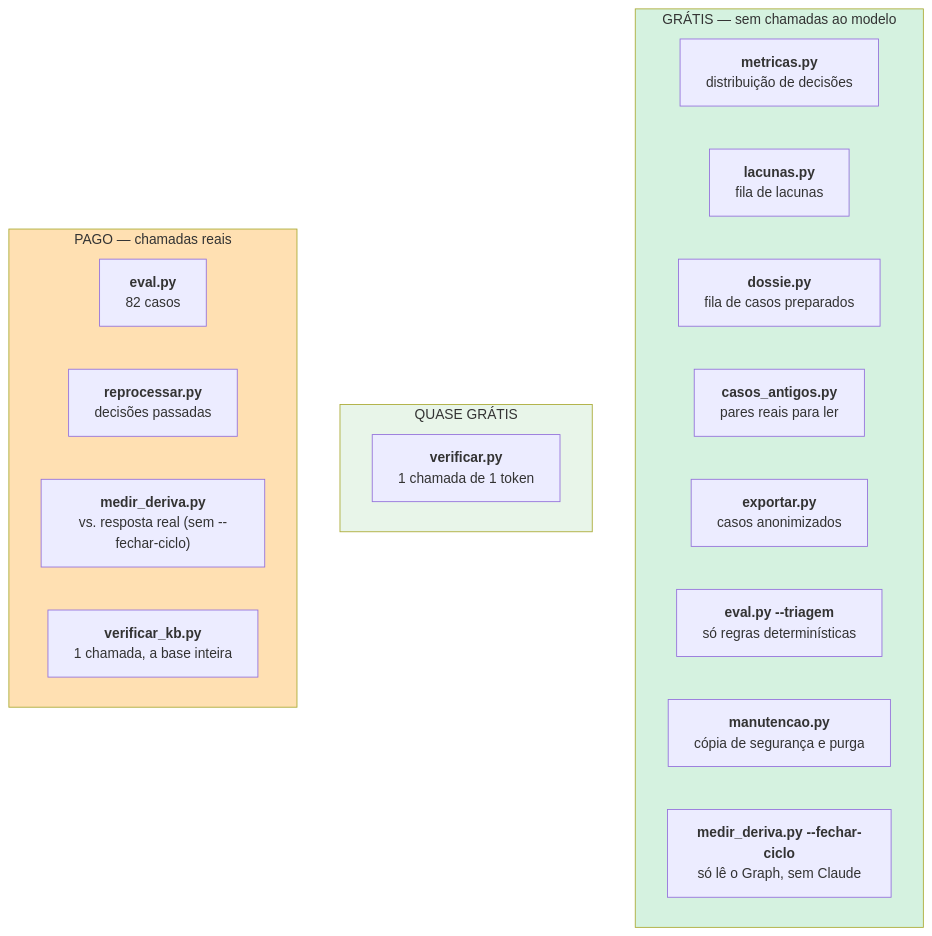
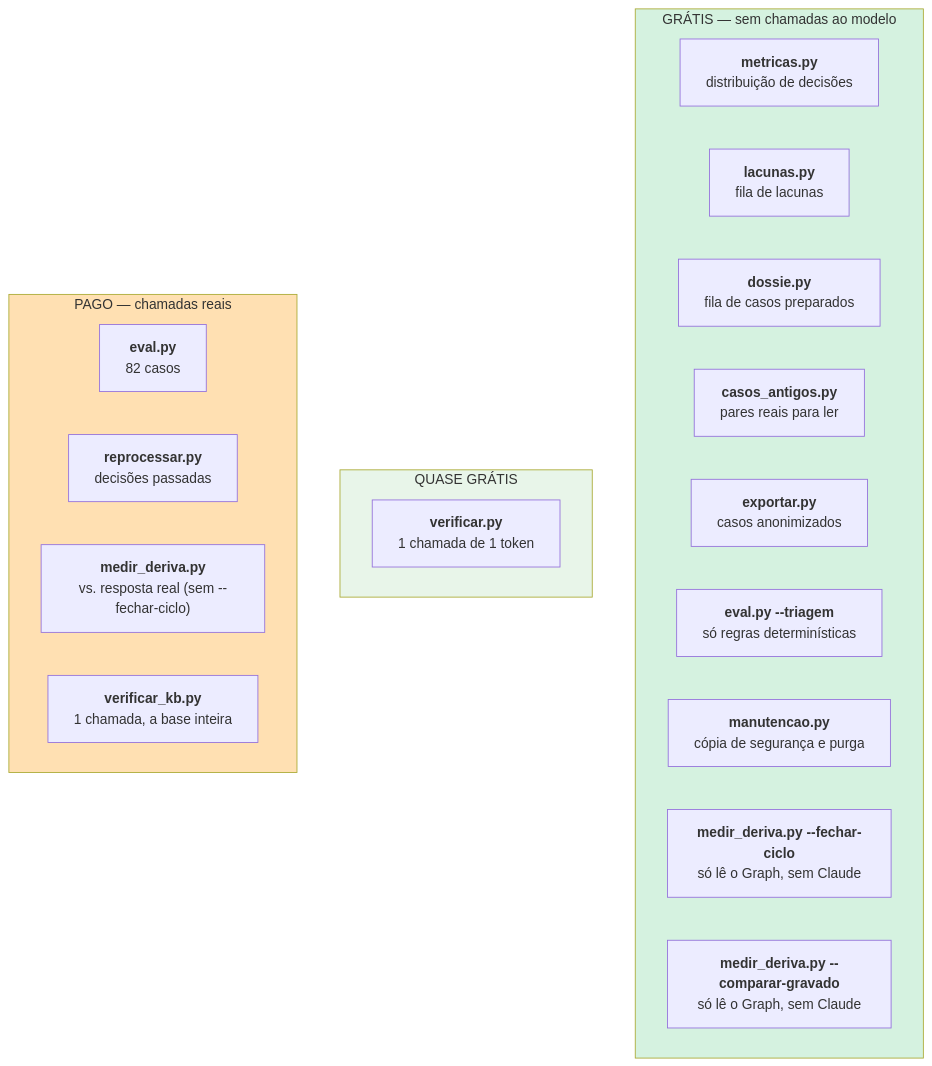
Before and after one commit to joaocarvalhini/Outlook-Reply-Assistant: the diagram in docs/06-engineering/operations.md, drawn with Mermaid. The commit also changed other lines of this file and 4 other files, not shown here.

First line of the commit message:
feat: novo modo --comparar-gravado para ver o que o lojista editou

````diff
--- a/docs/06-engineering/operations.md
+++ b/docs/06-engineering/operations.md
@@ -22,25 +22,26 @@
 ```mermaid
 flowchart TB
     subgraph G["GRÁTIS — sem chamadas ao modelo"]
         G1["<b>metricas.py</b><br/>distribuição de decisões"]
         G2["<b>lacunas.py</b><br/>fila de lacunas"]
         G3["<b>dossie.py</b><br/>fila de casos preparados"]
         G4["<b>casos_antigos.py</b><br/>pares reais para ler"]
         G5["<b>exportar.py</b><br/>casos anonimizados"]
         G6["<b>eval.py --triagem</b><br/>só regras determinísticas"]
         G7["<b>manutencao.py</b><br/>cópia de segurança e purga"]
         G8["<b>medir_deriva.py --fechar-ciclo</b><br/>só lê o Graph, sem Claude"]
+        G9["<b>medir_deriva.py --comparar-gravado</b><br/>só lê o Graph, sem Claude"]
     end
     subgraph Q["QUASE GRÁTIS"]
         Q1["<b>verificar.py</b><br/>1 chamada de 1 token"]
     end
     subgraph P["PAGO — chamadas reais"]
         P1["<b>eval.py</b><br/>82 casos"]
         P2["<b>reprocessar.py</b><br/>decisões passadas"]
         P3["<b>medir_deriva.py</b><br/>vs. resposta real (sem --fechar-ciclo)"]
         P4["<b>verificar_kb.py</b><br/>1 chamada, a base inteira"]
     end
     style G fill:#d5f2e0
     style Q fill:#e8f5e9
     style P fill:#ffe0b2
 ```
````
